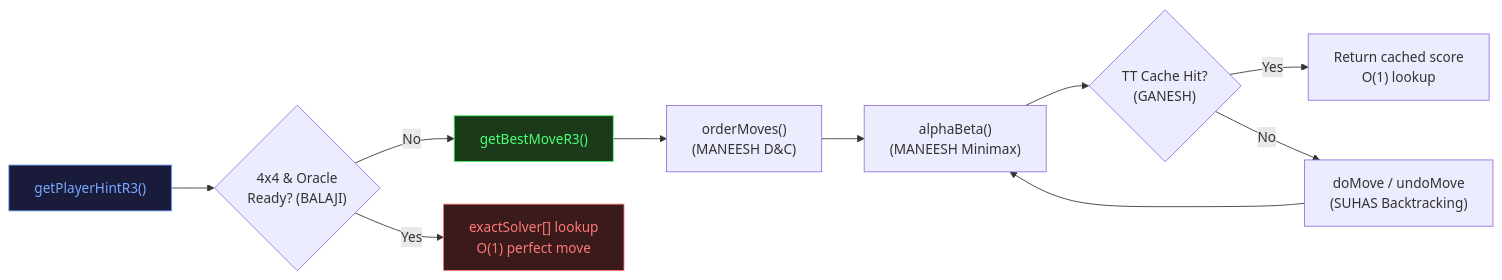
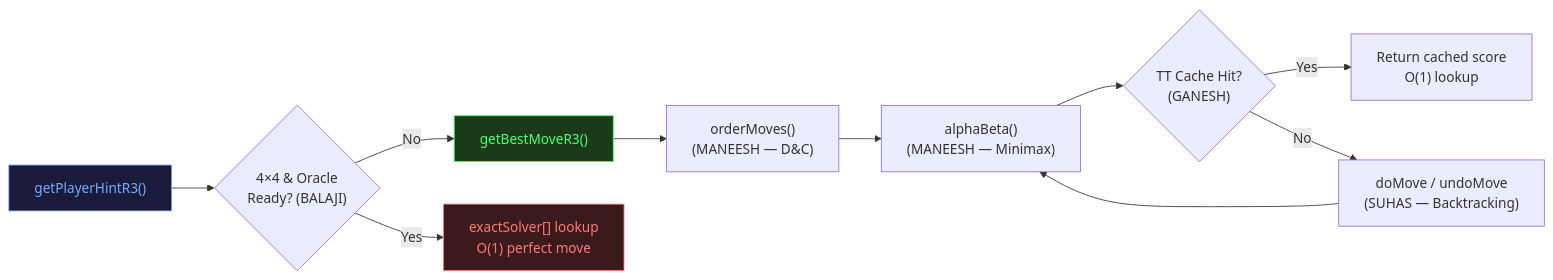
Before and after one commit to Ganesh2006646/FLIP: the second of 6 diagrams in game_analysis_r3.md, drawn with Mermaid. The commit also changed other lines of this file and 1 other file, not shown here.

````diff
--- a/game_analysis_r3.md
+++ b/game_analysis_r3.md
@@ -71,17 +102,17 @@
 ```mermaid
 graph LR
-    Entry["getBestMoveR3()"] --> OB["orderMoves()\n(MANEESH D&C)"]
-    OB --> AB["alphaBeta()\n(MANEESH Minimax)"]
-    AB --> TT{"TT Cache Hit?\n(GANESH)"}
-    TT -->|Yes| ReturnCache["Return cached score\nO(1) lookup"]
-    TT -->|No| BT["doMove / undoMove\n(SUHAS Backtracking)"]
+    Entry["getBestMoveR3()"] --> OB["orderMoves()<br>(MANEESH — D&C)"]
+    OB --> AB["alphaBeta()<br>(MANEESH — Minimax)"]
+    AB --> TT{"TT Cache Hit?<br>(GANESH)"}
+    TT -->|Yes| ReturnCache["Return cached score<br>O(1) lookup"]
+    TT -->|No| BT["doMove / undoMove<br>(SUHAS — Backtracking)"]
     BT --> AB
 
-    HintEntry["getPlayerHintR3()"] --> Oracle{"4x4 & Oracle\nReady? (BALAJI)"}
-    Oracle -->|Yes| O1["exactSolver[] lookup\nO(1) perfect move"]
-    Oracle -->|No| Entry
+    HintEntry["getPlayerHintR3()"] --> OracleQ{"4×4 & Oracle<br>Ready? (BALAJI)"}
+    OracleQ -->|Yes| O1["exactSolver[] lookup<br>O(1) perfect move"]
+    OracleQ -->|No| Entry
 
     style Entry fill:#1a3a1a,color:#50FF78,stroke:#50FF78
     style HintEntry fill:#1a1a3a,color:#78AAFF,stroke:#78AAFF
     style O1 fill:#3a1a1a,color:#FF7878,stroke:#FF7878
 ```
````
